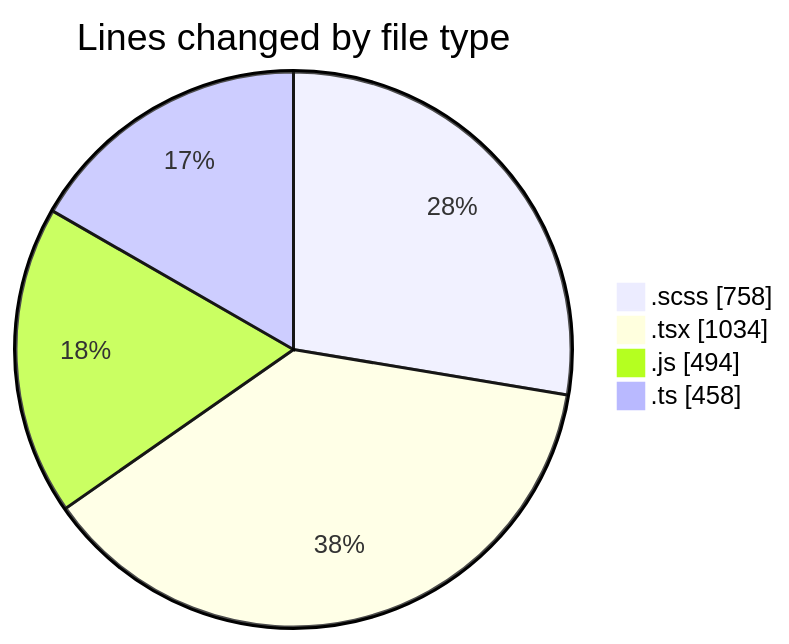
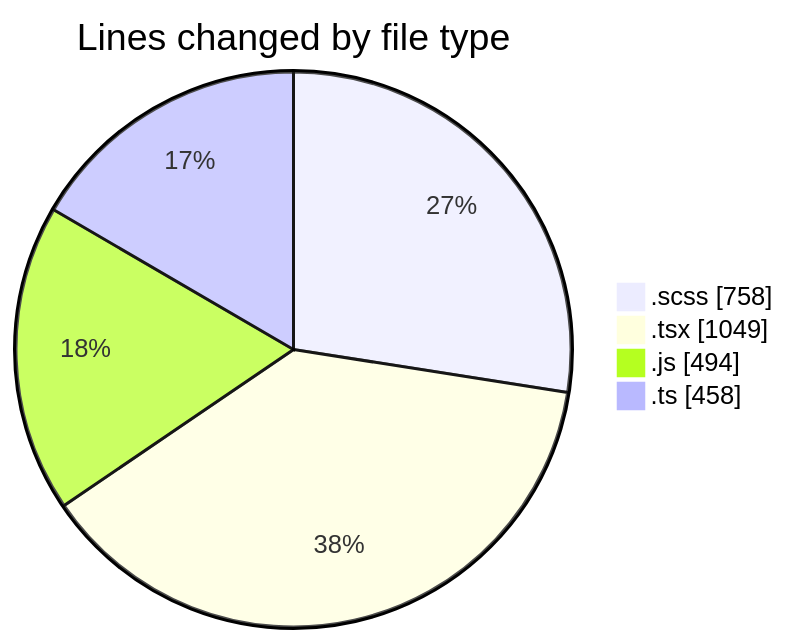
Before and after one commit to momahboobian/code-tracking: the first of 2 diagrams in 2025-03-14/cda/README.md, drawn with Mermaid. The commit also changed other lines of this file and 1 other file, not shown here.

````diff
--- a/2025-03-14/cda/README.md
+++ b/2025-03-14/cda/README.md
@@ -34,8 +34,8 @@
 ```mermaid
 pie showData
 title Lines changed by file type
 ".scss" : 758
-".tsx" : 1034
+".tsx" : 1049
 ".js" : 494
 ".ts" : 458
 ```
````
